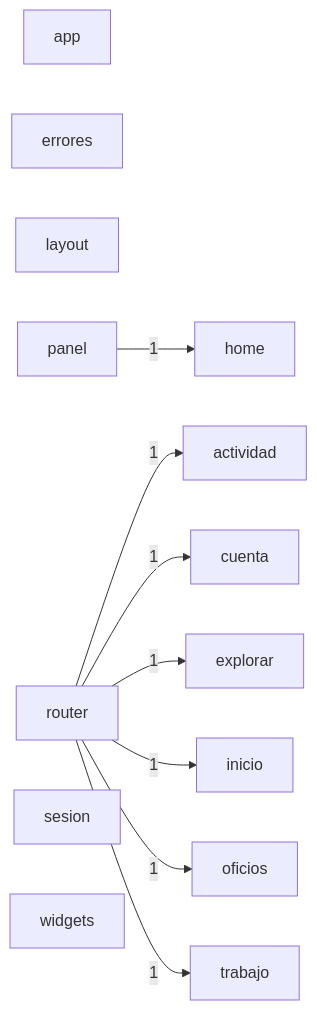
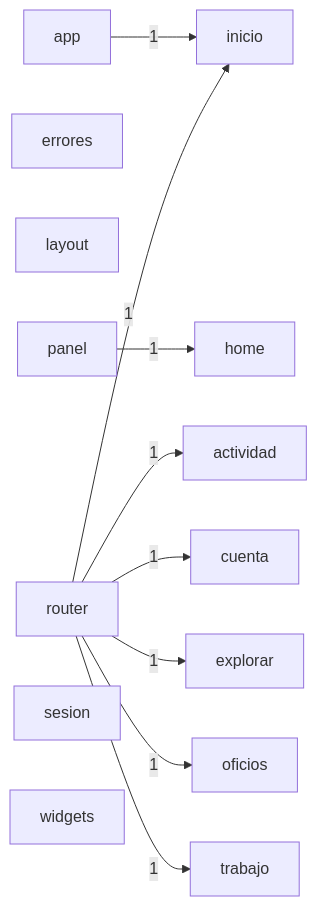
Before and after one commit to JulianH2/knock-frontend: the diagram in docs/architecture/modules.mmd, drawn with Mermaid. The commit also changed 21 other files, not shown here.

```diff
--- a/docs/architecture/modules.mmd
+++ b/docs/architecture/modules.mmd
@@ -1,22 +1,23 @@
 graph LR
   actividad["actividad"]
   app["app"]
   cuenta["cuenta"]
   errores["errores"]
   explorar["explorar"]
   home["home"]
   inicio["inicio"]
   layout["layout"]
   oficios["oficios"]
   panel["panel"]
   router["router"]
   sesion["sesion"]
   trabajo["trabajo"]
   widgets["widgets"]
+  app -->|1| inicio
   panel -->|1| home
   router -->|1| actividad
   router -->|1| cuenta
   router -->|1| explorar
   router -->|1| inicio
   router -->|1| oficios
   router -->|1| trabajo
```
